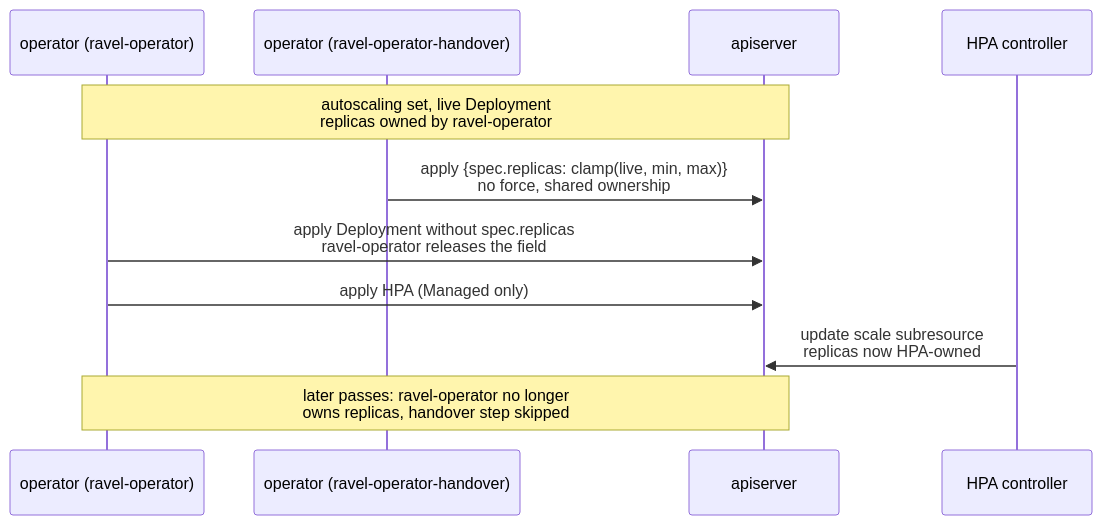
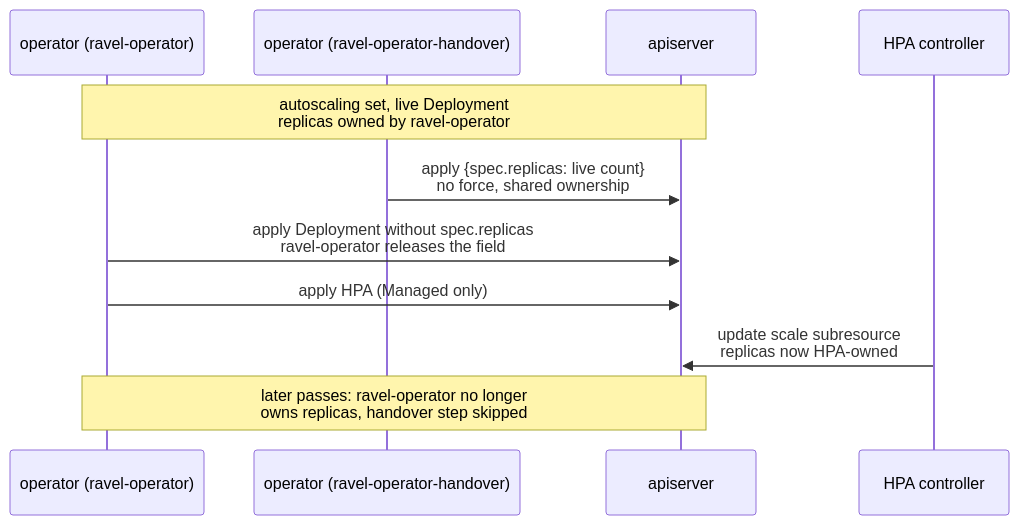
Before and after one commit to NOFireAI/ravel: the diagram in docs/adrs/4314-operator-autoscaling.md, drawn with Mermaid. The commit also changed other lines of this file and 1 other file, not shown here.

First line of the commit message:
docs(adr): keep the live count when ADR-4314 autoscaling is turned off

````diff
--- a/docs/adrs/4314-operator-autoscaling.md
+++ b/docs/adrs/4314-operator-autoscaling.md
@@ -82,13 +82,13 @@
 ```mermaid
 sequenceDiagram
     participant Op as operator (ravel-operator)
     participant Ho as operator (ravel-operator-handover)
     participant API as apiserver
     participant HPA as HPA controller
     Note over Op,API: autoscaling set, live Deployment<br/>replicas owned by ravel-operator
-    Ho->>API: apply {spec.replicas: clamp(live, min, max)}<br/>no force, shared ownership
+    Ho->>API: apply {spec.replicas: live count}<br/>no force, shared ownership
     Op->>API: apply Deployment without spec.replicas<br/>ravel-operator releases the field
     Op->>API: apply HPA (Managed only)
     HPA->>API: update scale subresource<br/>replicas now HPA-owned
     Note over Op,API: later passes: ravel-operator no longer<br/>owns replicas, handover step skipped
 ```
````
